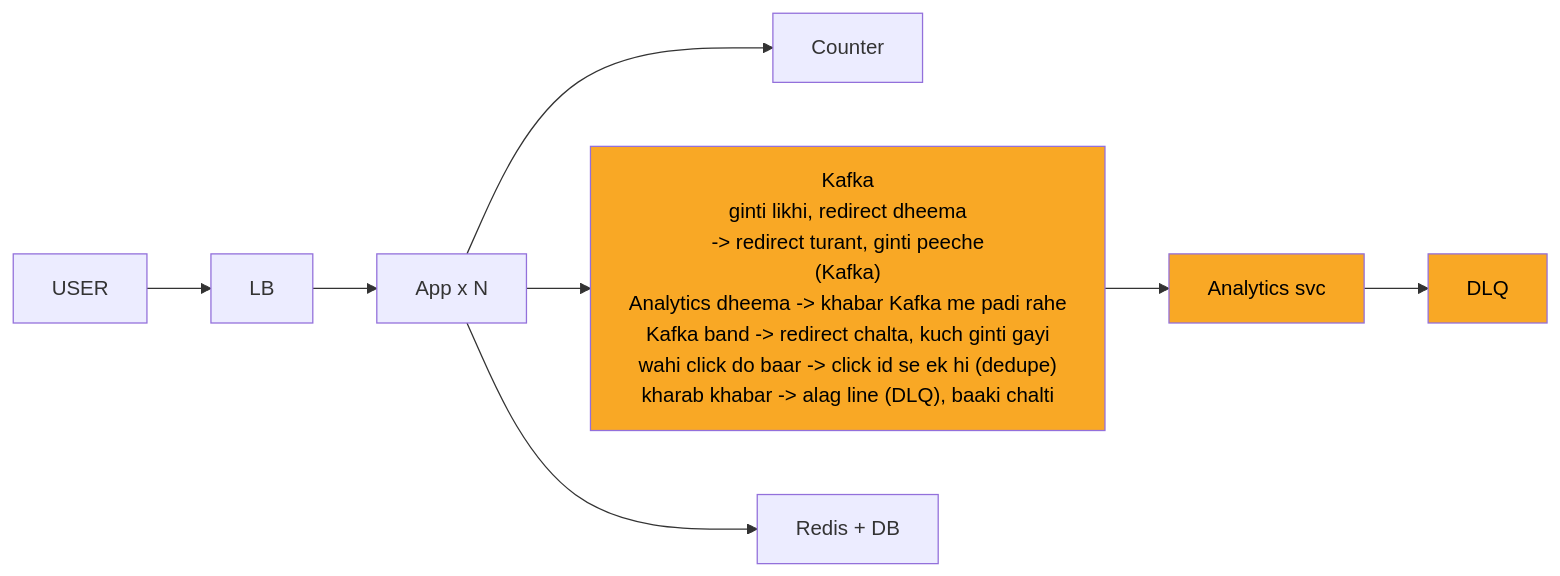
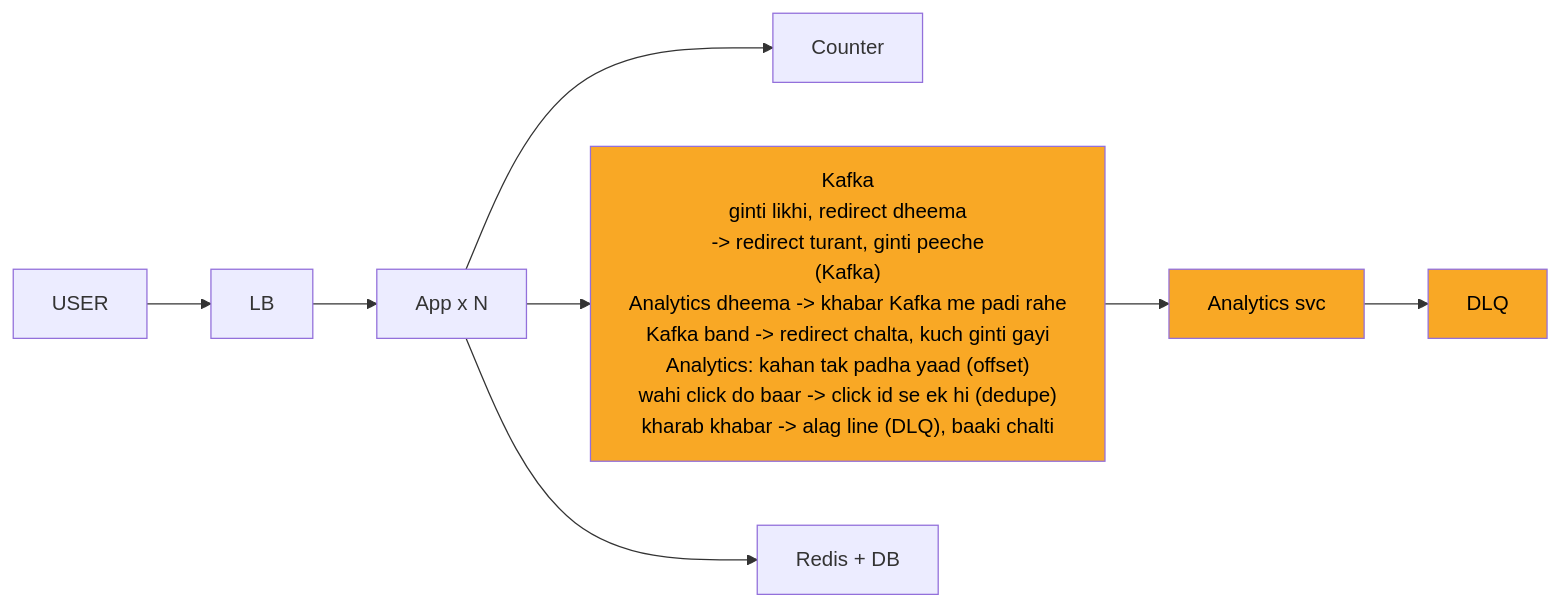
The fifth of 10 diagrams in 04_HLD/SYSTEM_DESIGNS/01_url_shortener/01_url_shortener.md (ArpanMaheshwari144/Prep), drawn with Mermaid before and after one commit. The commit also changed other lines of this file and 4 other files, not shown here.

Commit message:
hld: 6 zaroori line peele dabbe me wapas (cache hatana, offset, nakli webhook, split brain, idempotent producer, reconnect)

````diff
--- a/04_HLD/SYSTEM_DESIGNS/01_url_shortener/01_url_shortener.md
+++ b/04_HLD/SYSTEM_DESIGNS/01_url_shortener/01_url_shortener.md
@@ -228,22 +228,22 @@
 ```mermaid
 %%{init: {"flowchart": {"wrappingWidth": 450}}}%%
 flowchart LR
     n_USER["USER"]
     n_LB["LB"]
     n_App_xN["App x N"]
     n_Counter["Counter"]
-    n_Kafka["Kafka<br/>ginti likhi, redirect dheema<br/>-> redirect turant, ginti peeche<br/>(Kafka)<br/>Analytics dheema -> khabar Kafka me padi rahe<br/>Kafka band -> redirect chalta, kuch ginti gayi<br/>wahi click do baar -> click id se ek hi (dedupe)<br/>kharab khabar -> alag line (DLQ), baaki chalti"]
+    n_Kafka["Kafka<br/>ginti likhi, redirect dheema<br/>-> redirect turant, ginti peeche<br/>(Kafka)<br/>Analytics dheema -> khabar Kafka me padi rahe<br/>Kafka band -> redirect chalta, kuch ginti gayi<br/>Analytics: kahan tak padha yaad (offset)<br/>wahi click do baar -> click id se ek hi (dedupe)<br/>kharab khabar -> alag line (DLQ), baaki chalti"]
     n_Analytics_svc["Analytics svc"]
     n_DLQ["DLQ"]
     n_RD["Redis + DB"]
     n_USER --> n_LB
     n_LB --> n_App_xN
     n_App_xN --> n_Counter
     n_App_xN --> n_Kafka
     n_App_xN --> n_RD
     n_Kafka --> n_Analytics_svc
     n_Analytics_svc --> n_DLQ
     style n_Kafka fill:#f9a825,color:#000
     style n_Analytics_svc fill:#f9a825,color:#000
     style n_DLQ fill:#f9a825,color:#000
 ```
````
